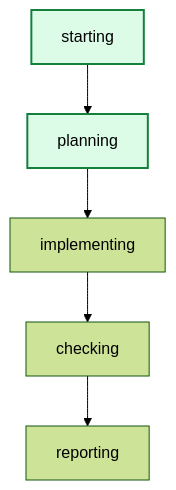
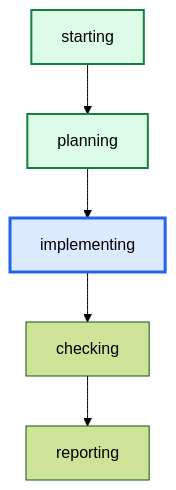
The diagram in runs/issue-suite-red-cleanup-r1/graph.mmd (daniell0gda/hermes-feature-check-dashboard), drawn with Mermaid (forest theme) before and after one commit. The commit also changed 11 other files, not shown here.

```diff
--- a/runs/issue-suite-red-cleanup-r1/graph.mmd
+++ b/runs/issue-suite-red-cleanup-r1/graph.mmd
@@ -1,11 +1,12 @@
 graph TD
     starting --> planning
     planning --> implementing
     implementing --> checking
     checking --> reporting
 
 classDef done fill:#dcfce7,stroke:#15803d,stroke-width:2px;
 classDef active fill:#dbeafe,stroke:#2563eb,stroke-width:3px;
 classDef failed fill:#fee2e2,stroke:#b42318,stroke-width:2px;
 class planning done;
+class implementing active;
 class starting done;
```
